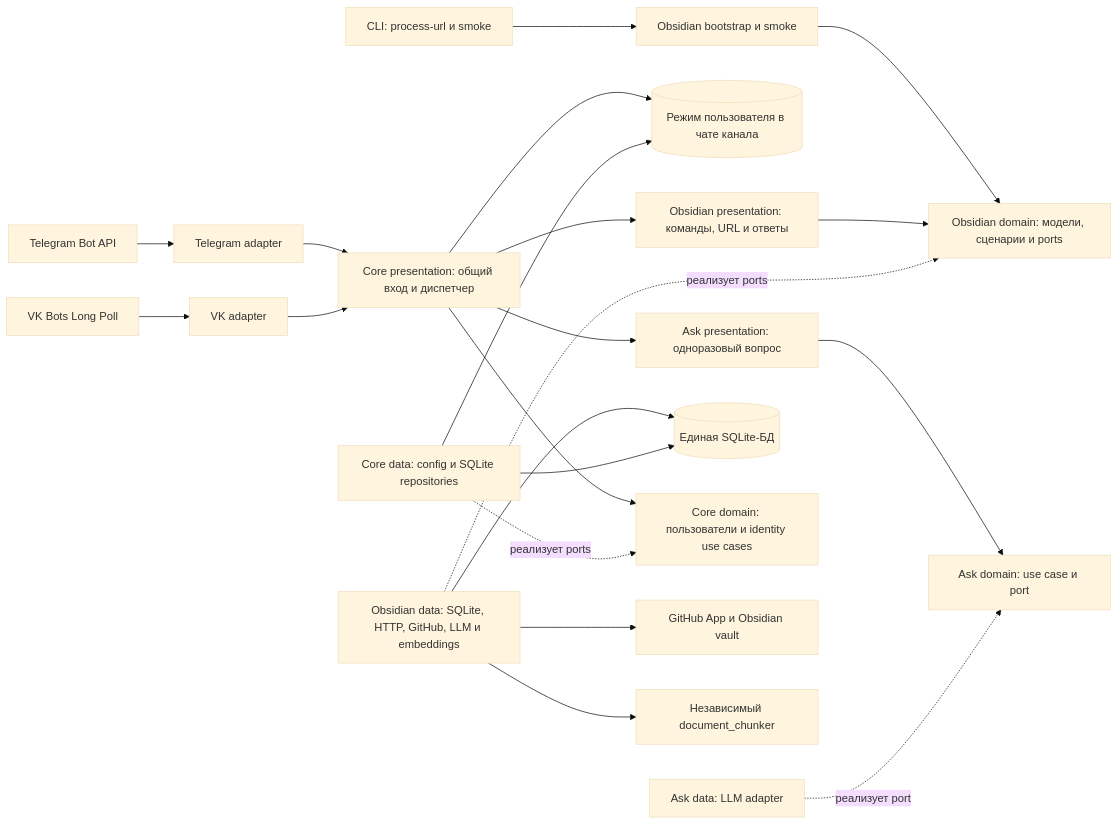
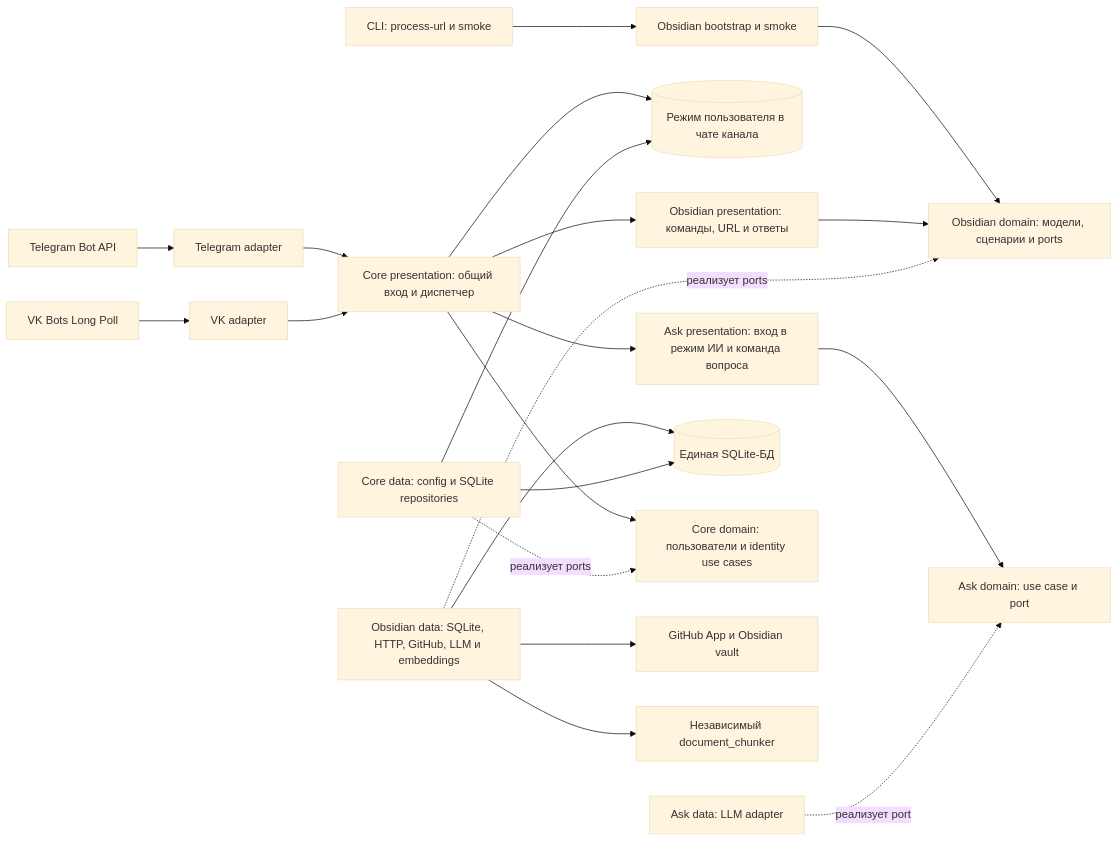
Before and after one commit to karateka-git/compadre-assistant: the first of 2 diagrams in docs/ARCHITECTURE.md, drawn with Mermaid (base theme). The commit also changed other lines of this file and 8 other files, not shown here.

````diff
--- a/docs/ARCHITECTURE.md
+++ b/docs/ARCHITECTURE.md
@@ -18,23 +18,23 @@
 ```mermaid
 flowchart LR
     TG[Telegram Bot API] --> TA[Telegram adapter]
     VK[VK Bots Long Poll] --> VA[VK adapter]
     CLI[CLI: process-url и smoke] --> OB[Obsidian bootstrap и smoke]
     OB --> OD[Obsidian domain: модели, сценарии и ports]
     TA --> IN[Core presentation: общий вход и диспетчер]
     VA --> IN
     IN --> MODE[(Режим пользователя в чате канала)]
     IN --> OP[Obsidian presentation: команды, URL и ответы]
     OP --> OD
-    IN --> AP[Ask presentation: одноразовый вопрос]
+    IN --> AP[Ask presentation: вход в режим ИИ и команда вопроса]
     AP --> AD[Ask domain: use case и port]
     AM[Ask data: LLM adapter] -. реализует port .-> AD
     ODATA[Obsidian data: SQLite, HTTP, GitHub, LLM и embeddings] -. реализует ports .-> OD
     ODATA --> DB[(Единая SQLite-БД)]
     IN --> USERS[Core domain: пользователи и identity use cases]
     CDATA[Core data: config и SQLite repositories] -. реализует ports .-> USERS
     CDATA --> MODE
     CDATA --> DB
     ODATA --> GH[GitHub App и Obsidian vault]
     ODATA --> DC[Независимый document_chunker]
 ```
````
